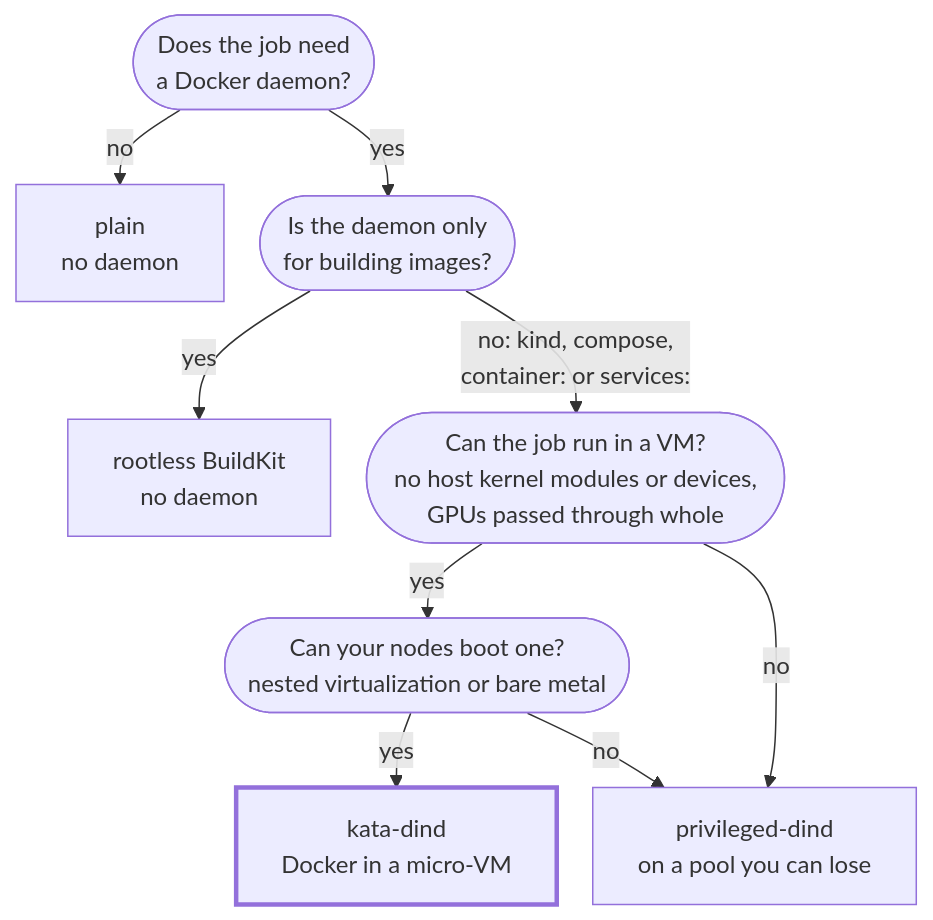
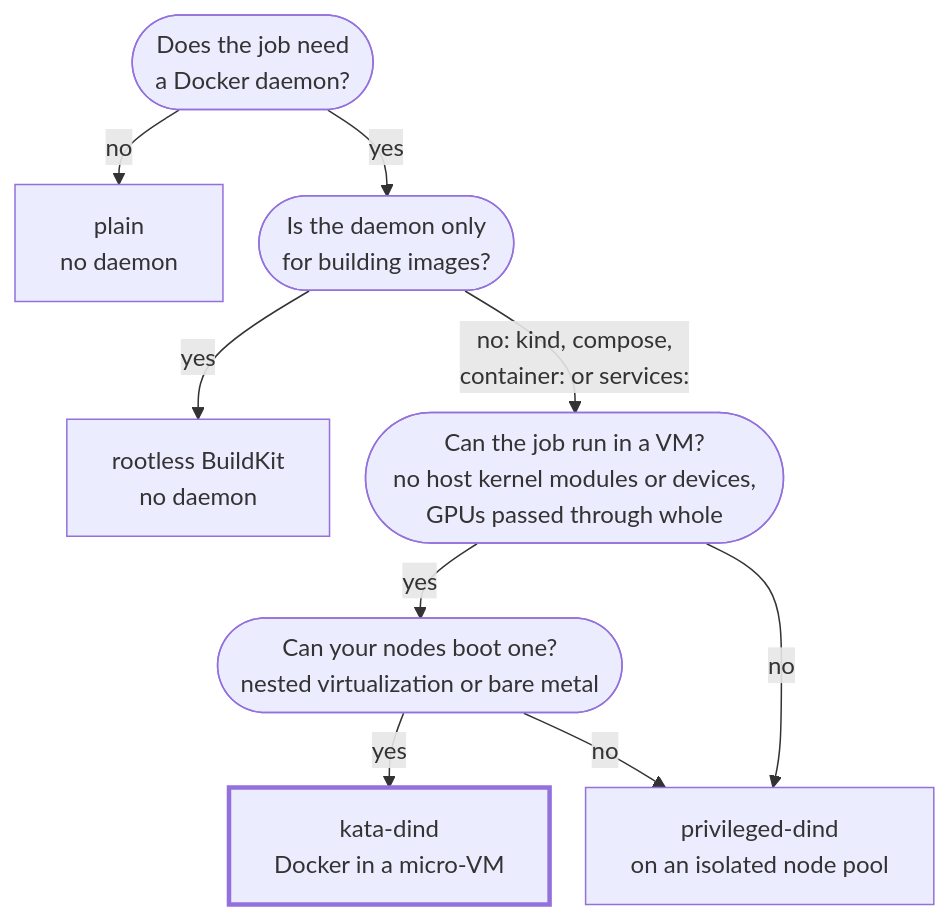
The diagram in docs/worker-isolation.md (actions-gateway/github-actions-gateway), drawn with Mermaid before and after one commit.

Commit message:
docs(site): name the privileged-dind node in the chart as an isolated pool

````diff
--- a/docs/worker-isolation.md
+++ b/docs/worker-isolation.md
@@ -16,21 +16,21 @@
 ```mermaid
 %%{init: {"flowchart": {"rankSpacing": 26, "nodeSpacing": 24, "wrappingWidth": 280}}}%%
 flowchart TD
     plain["plain<br>no daemon"]
     rootless["rootless BuildKit<br>no daemon"]
     kata["kata-dind<br>Docker in a micro-VM"]
-    priv["privileged-dind<br>on a pool you can lose"]
+    priv["privileged-dind<br>on an isolated node pool"]
     q1(["Does the job need<br>a Docker daemon?"])
     q2(["Is the daemon only<br>for building images?"])
     q3(["Can the job run in a VM?<br>no host kernel modules or devices,<br>GPUs passed through whole"])
     q4(["Can your nodes boot one?<br>nested virtualization or bare metal"])
     q1 -- no --> plain
     q1 -- yes --> q2
     q2 -- yes --> rootless
     q2 -- "no: kind, compose,<br>container: or services:" --> q3
     q3 -- yes --> q4
     q3 -- no --> priv
     q4 -- yes --> kata
     q4 -- no --> priv
     style kata stroke-width:3px
 ```
````
